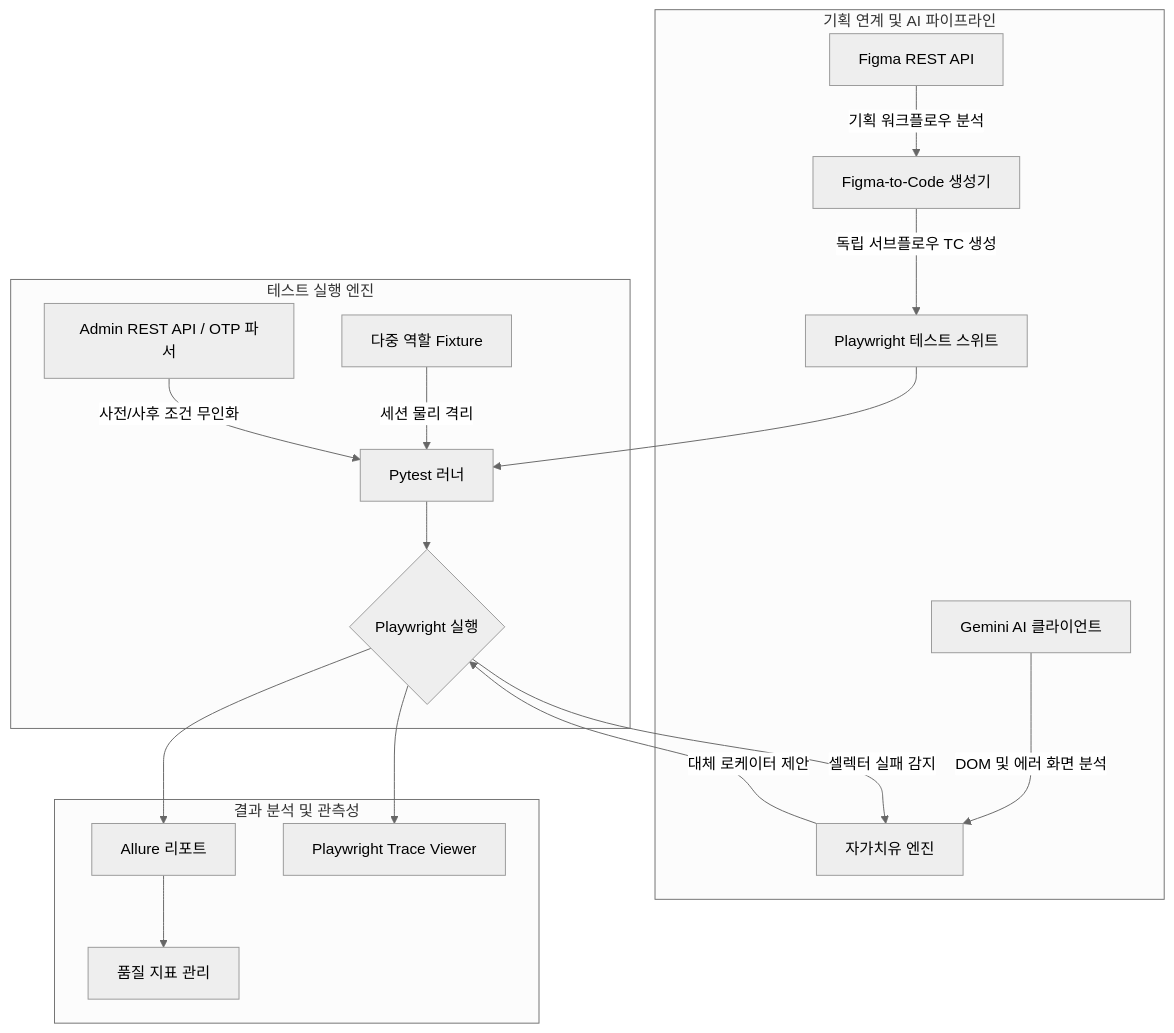
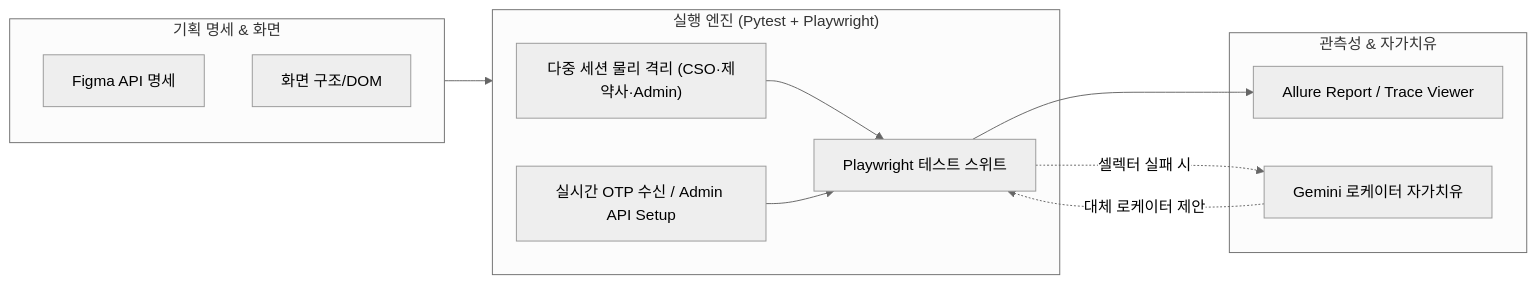
The diagram in readme.md (Chera-Kang/Parmple), drawn with Mermaid (neutral theme) before and after one commit. The commit also changed other lines of this file, not shown here.

Commit message:
docs: Parmple E2E 테스트 자동화 README 리뉴얼

````diff
--- a/readme.md
+++ b/readme.md
@@ -40,23 +35,25 @@
 ```mermaid
-graph TD
-    subgraph Spec["기획 연계 및 AI 파이프라인"]
-        A["Figma REST API"] -->|"기획 워크플로우 분석"| B["Figma-to-Code 생성기"]
-        B -->|"독립 서브플로우 TC 생성"| C["Playwright 테스트 스위트"]
-        D["Gemini AI 클라이언트"] -->|"DOM 및 에러 화면 분석"| E["자가치유 엔진"]
+graph LR
+    subgraph Input["기획 명세 & 화면"]
+        Figma["Figma API 명세"]
+        DOM["화면 구조/DOM"]
     end
 
-    subgraph Engine["테스트 실행 엔진"]
-        C --> F["Pytest 러너"]
-        G["다중 역할 Fixture"] -->|"세션 물리 격리"| F
-        H["Admin REST API / OTP 파서"] -->|"사전/사후 조건 무인화"| F
-        F --> I{"Playwright 실행"}
-        I -->|"셀렉터 실패 감지"| E
-        E -->|"대체 로케이터 제안"| I
+    subgraph Runner["실행 엔진 (Pytest + Playwright)"]
+        Fixture["다중 세션 물리 격리 (CSO·제약사·Admin)"]
+        OTP["실시간 OTP 수신 / Admin API Setup"]
+        Core["Playwright 테스트 스위트"]
     end
 
-    subgraph Report["결과 분석 및 관측성"]
-        I --> J["Allure 리포트"]
-        I --> K["Playwright Trace Viewer"]
-        J --> L["품질 지표 관리"]
+    subgraph Analysis["관측성 & 자가치유"]
+        Report["Allure Report / Trace Viewer"]
+        AI["Gemini 로케이터 자가치유"]
     end
+
+    Input --> Runner
+    Fixture --> Core
+    OTP --> Core
+    Core --> Report
+    Core -.->|"셀렉터 실패 시"| AI
+    AI -.->|"대체 로케이터 제안"| Core
 ```
````
